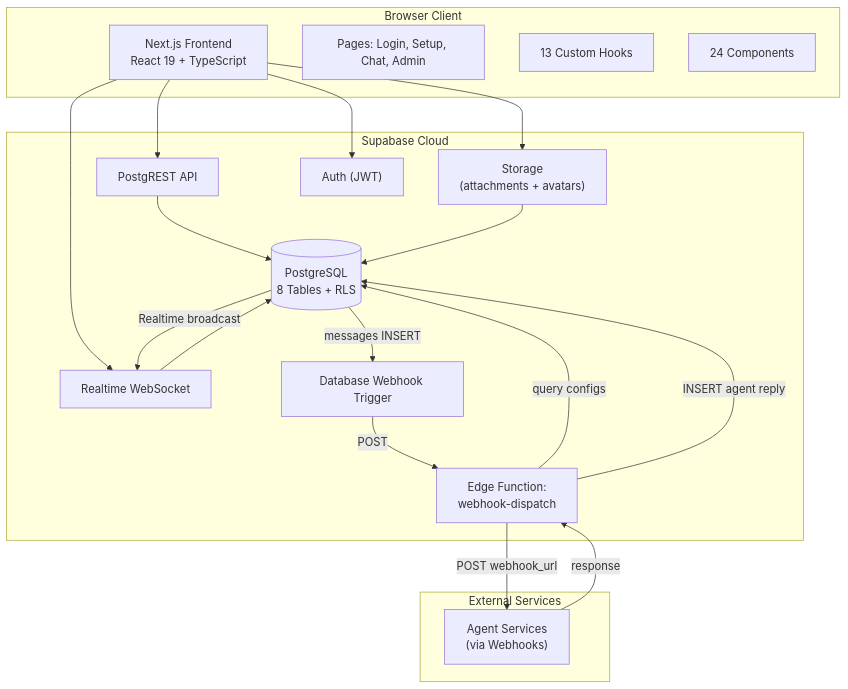
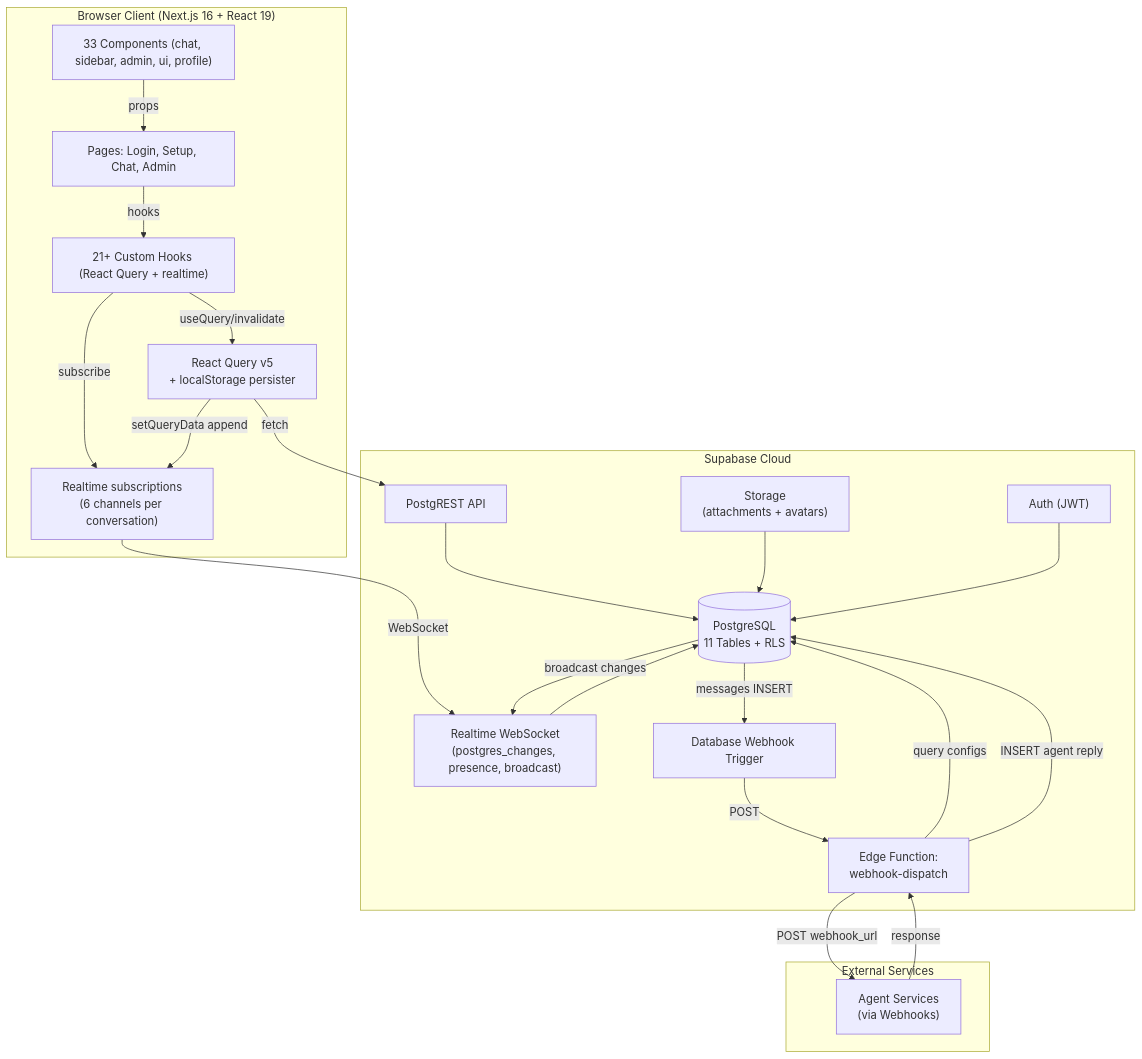
Before and after one commit to phucsystem/agent-playground: the second of 13 diagrams in docs/system-architecture.md, drawn with Mermaid. The commit also changed other lines of this file and 23 other files, not shown here.

First line of the commit message:
perf: migrate to React Query for optimized data fetching (#13)

````diff
--- a/docs/system-architecture.md
+++ b/docs/system-architecture.md
@@ -13,40 +75,45 @@
 ```mermaid
 graph TB
-    subgraph Client["Browser Client"]
-        NextJS["Next.js Frontend<br/>React 19 + TypeScript"]
+    subgraph Client["Browser Client (Next.js 16 + React 19)"]
         Pages["Pages: Login, Setup, Chat, Admin"]
-        Hooks["13 Custom Hooks"]
-        Components["24 Components"]
+        Components["33 Components (chat, sidebar, admin, ui, profile)"]
+        Hooks["21+ Custom Hooks (React Query + realtime)"]
+        Cache["React Query v5<br/>+ localStorage persister"]
+        Realtime["Realtime subscriptions<br/>(6 channels per conversation)"]
     end
 
     subgraph Supabase["Supabase Cloud"]
         PostgREST["PostgREST API"]
-        RealtimeWS["Realtime WebSocket"]
-        PostgreSQL[("PostgreSQL<br/>8 Tables + RLS")]
+        RealtimeWS["Realtime WebSocket<br/>(postgres_changes, presence, broadcast)"]
+        PostgreSQL[("PostgreSQL<br/>11 Tables + RLS")]
         Storage["Storage<br/>(attachments + avatars)"]
         Auth["Auth (JWT)"]
         DBWebhook["Database Webhook Trigger"]
         EdgeFn["Edge Function:<br/>webhook-dispatch"]
     end
 
     subgraph External["External Services"]
         AgentSvc["Agent Services<br/>(via Webhooks)"]
     end
 
-    NextJS --> PostgREST
-    NextJS --> RealtimeWS
-    NextJS --> Storage
-    NextJS --> Auth
+    Pages -->|hooks| Hooks
+    Hooks -->|useQuery/invalidate| Cache
+    Hooks -->|subscribe| Realtime
+    Components -->|props| Pages
+    Cache -->|fetch| PostgREST
+    Cache -->|setQueryData append| Realtime
+    Realtime -->|WebSocket| RealtimeWS
 
     PostgREST --> PostgreSQL
     RealtimeWS --> PostgreSQL
     Storage --> PostgreSQL
+    Auth --> PostgreSQL
 
     PostgreSQL -->|"messages INSERT"| DBWebhook
     DBWebhook -->|POST| EdgeFn
     EdgeFn -->|"query configs"| PostgreSQL
     EdgeFn -->|"POST webhook_url"| AgentSvc
     AgentSvc -->|response| EdgeFn
     EdgeFn -->|"INSERT agent reply"| PostgreSQL
-    PostgreSQL -->|Realtime broadcast| RealtimeWS
+    PostgreSQL -->|broadcast changes| RealtimeWS
 ```
````
